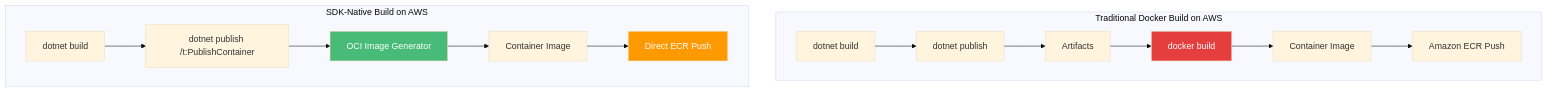
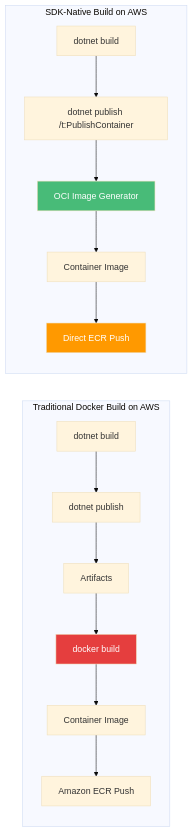
The first of 3 diagrams in Publishing .NET 10 Apps as Container Images/.NET SDK Native Container Publishing: Building OCI Images Without Docker - AWS.md (Vineet-Sharma-Medium-Stories/Medium-Build-Tool), drawn with Mermaid (base theme) before and after one commit. The commit also changed other lines of this file and 67 other files, not shown here.

````diff
--- a/Publishing .NET 10 Apps as Container Images/.NET SDK Native Container Publishing: Building OCI Images Without Docker - AWS.md
+++ b/Publishing .NET 10 Apps as Container Images/.NET SDK Native Container Publishing: Building OCI Images Without Docker - AWS.md
@@ -13,21 +13,21 @@
 ```mermaid
-graph TD
+graph LR
     subgraph "Traditional Docker Build on AWS"
         A1[dotnet build] --> A2[dotnet publish]
         A2 --> A3[Artifacts]
         A3 --> A4[docker build]
         A4 --> A5[Container Image]
         A5 --> A6[Amazon ECR Push]
     end
-    
+  
     subgraph "SDK-Native Build on AWS"
         B1[dotnet build] --> B2[dotnet publish /t:PublishContainer]
         B2 --> B3[OCI Image Generator]
         B3 --> B4[Container Image]
         B4 --> B5[Direct ECR Push]
     end
-    
+  
     style A4 fill:#e53e3e,color:#fff
     style B3 fill:#48bb78,color:#fff
     style B5 fill:#ff9900,color:#fff
 ```
````
